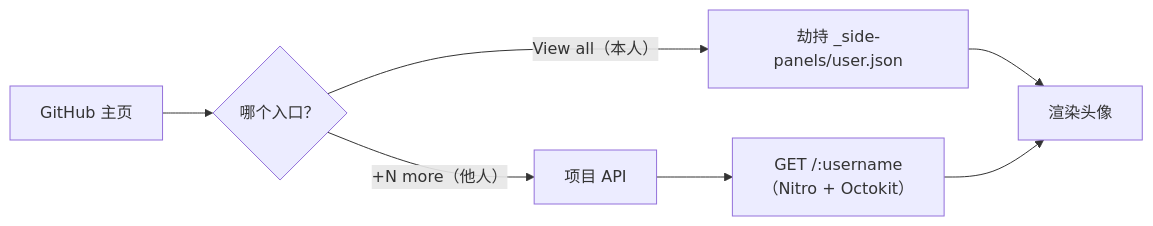
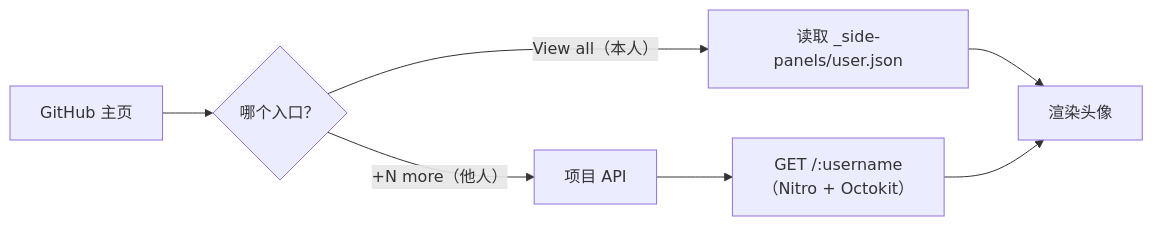
Before and after one commit to lonewolfyx/github-unlimited-orgs: the diagram in README-zh_CN.md, drawn with Mermaid. The commit also changed other lines of this file and 8 other files, not shown here.

````diff
--- a/README-zh_CN.md
+++ b/README-zh_CN.md
@@ -33,9 +33,9 @@
 ```mermaid
 flowchart LR
     A[GitHub 主页] --> B{哪个入口？}
-    B -->|"View all（本人）"| C[劫持 _side-panels/user.json]
+    B -->|"View all（本人）"| C[读取 _side-panels/user.json]
     B -->|"+N more（他人）"| D[项目 API]
     C --> E[渲染头像]
     D --> F["GET /:username<br/>（Nitro + Octokit）"]
     F --> E
 ```
````
